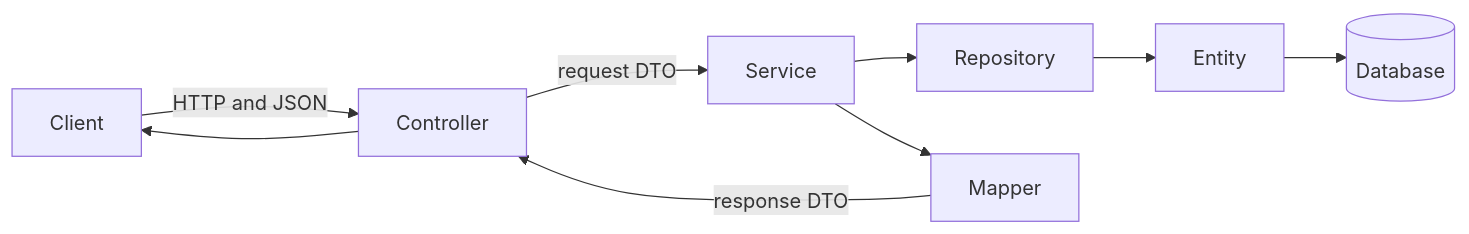
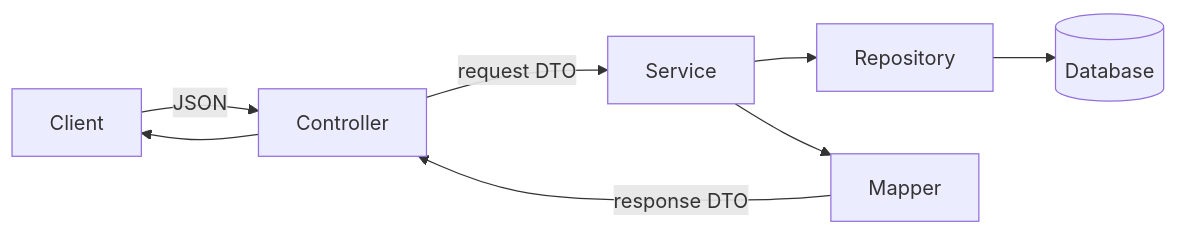
One commit to SidheshwarSarangal/spring-boot-project-blueprint changed the second of 2 diagrams in README.md. Above: the diagram before and after it, drawn with Mermaid. The commit also changed other lines of this file and 21 other files, not shown here.

````diff
--- a/README.md
+++ b/README.md
@@ -68,11 +101,10 @@
 ```mermaid
 flowchart LR
-    Client["Client"] -->|"HTTP and JSON"| Controller["Controller"]
-    Controller -->|"request DTO"| Service["Service"]
-    Service --> Repository["Repository"]
-    Repository --> Entity["Entity"]
-    Entity --> DB[("Database")]
-    Service --> Mapper["Mapper"]
-    Mapper -->|"response DTO"| Controller
+    Client -->|JSON| Controller
+    Controller -->|request DTO| Service
+    Service --> Repository
+    Repository --> Database[(Database)]
+    Service --> Mapper
+    Mapper -->|response DTO| Controller
     Controller --> Client
 ```
````
